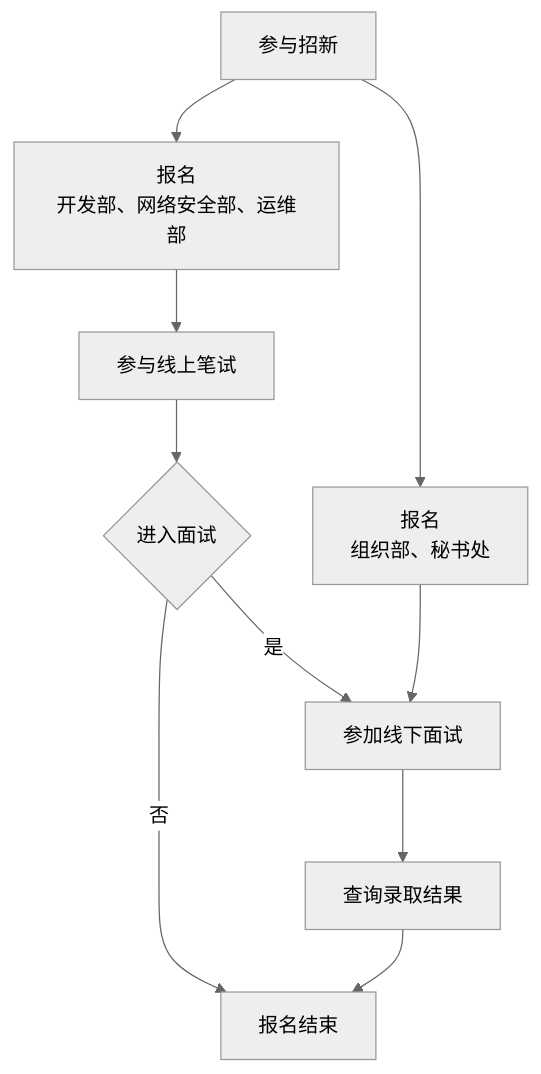
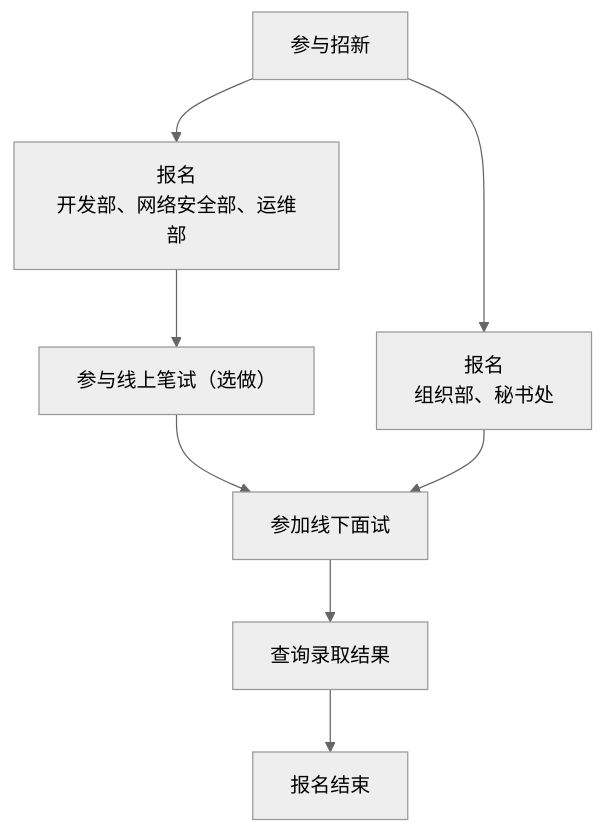
Before and after one commit to liugu2023/yuna.team-2025: the diagram in docs/join-us/how-to.md, drawn with Mermaid (neutral theme). The commit also changed other lines of this file and 2 other files, not shown here.

````diff
--- a/docs/join-us/how-to.md
+++ b/docs/join-us/how-to.md
@@ -13,12 +13,10 @@
 ```mermaid
 graph TD
     A[参与招新] --> B[报名<br>开发部、网络安全部、运维部]
     A --> C[报名<br>组织部、秘书处]
-    B --> D[参与线上笔试]
-    D --> E{进入面试}
-    E -->|是| F[参加线下面试]
-    E -->|否| G[报名结束]
+    B --> D[参与线上笔试（选做）]
+    D --> F[参加线下面试]
     F --> H[查询录取结果]
-    H --> G
+    H --> G[报名结束]
     C --> F
 ```
````
